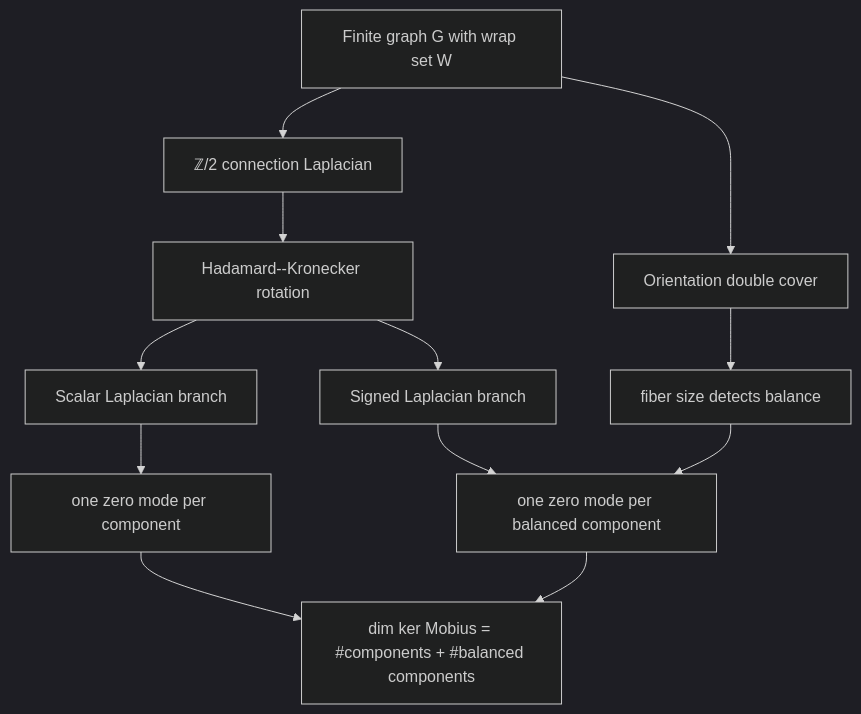
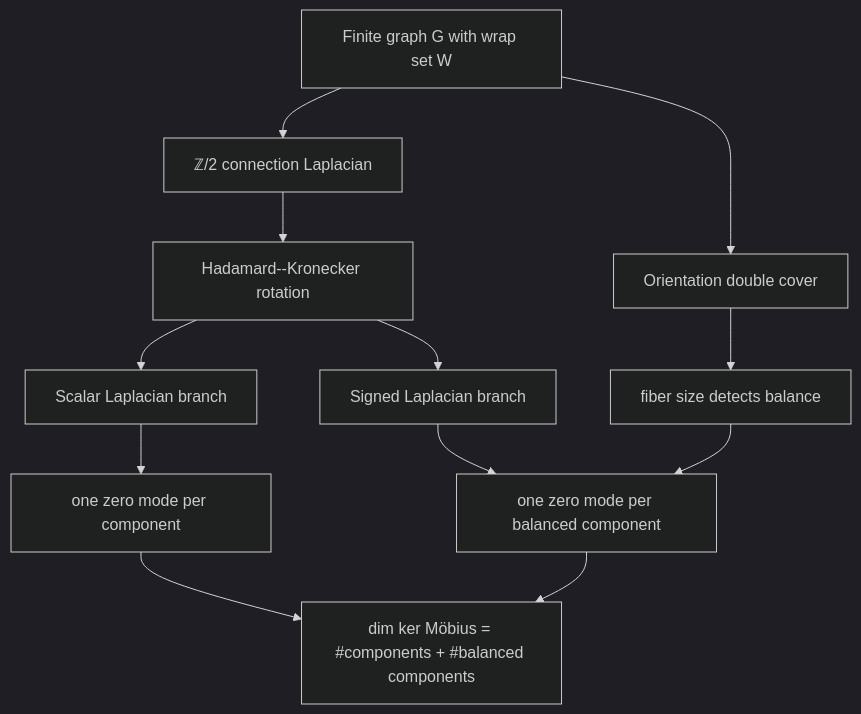
The diagram in docs/infographic.md (jesusvilela/connection_laplacian_lean), drawn with Mermaid (dark theme) before and after one commit. The commit also changed 1 other file, not shown here.

Commit message:
Address documentation review feedback
Agent-Logs-Url: https://github.com/jesusvilela/connection_laplacian_lean/sessions/5a17a034-b0ca-4130-bc39-9fc8c8221b0c

````diff
--- a/docs/infographic.md
+++ b/docs/infographic.md
@@ -8,14 +8,14 @@
 ```mermaid
 flowchart TD
     A["Finite graph G with wrap set W"] --> B["ℤ/2 connection Laplacian"]
     B --> C["Hadamard--Kronecker rotation"]
     C --> D["Scalar Laplacian branch"]
     C --> E["Signed Laplacian branch"]
     D --> F["one zero mode per component"]
     E --> G["one zero mode per balanced component"]
-    F --> H["dim ker Mobius = #components + #balanced components"]
+    F --> H["dim ker Möbius = #components + #balanced components"]
     G --> H
     A --> I["Orientation double cover"]
     I --> J["fiber size detects balance"]
     J --> G
 ```
````
